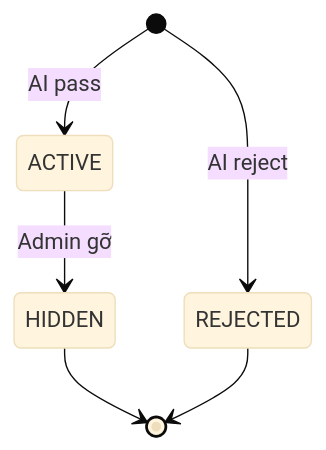
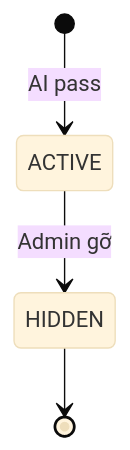
Before and after one commit to Smokiestfox/sivi-app: the eighth of 8 diagrams in docs/diagrams.md, drawn with Mermaid (base theme). The commit also changed other lines of this file and 31 other files, not shown here.

````diff
--- a/docs/diagrams.md
+++ b/docs/diagrams.md
@@ -218,8 +216,6 @@
-~~~mermaid
+```mermaid
 stateDiagram-v2
     [*] --> ACTIVE: AI pass
-    [*] --> REJECTED: AI reject
     ACTIVE --> HIDDEN: Admin gỡ
     HIDDEN --> [*]
-    REJECTED --> [*]
-~~~
+```
````
